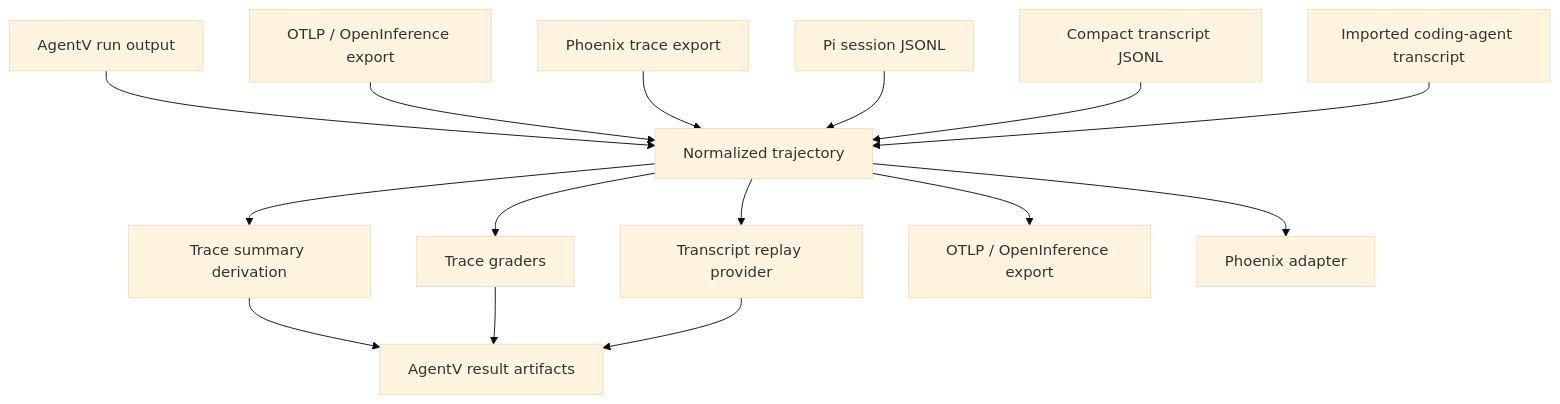
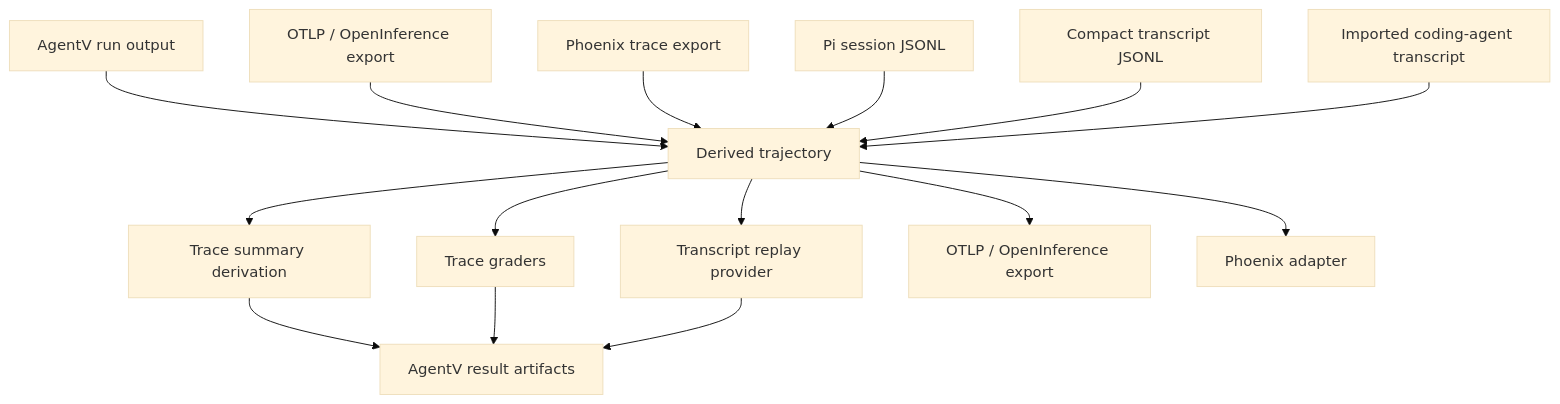
The diagram in docs/plans/trace-evaluation-architecture.md (EntityProcess/agentv), drawn with Mermaid (base theme) before and after one commit. The commit also changed other lines of this file and 17 other files, not shown here.

````diff
--- a/docs/plans/trace-evaluation-architecture.md
+++ b/docs/plans/trace-evaluation-architecture.md
@@ -93,19 +98,19 @@
 ```mermaid
 flowchart TB
-  A[AgentV run output] --> N[Normalized trajectory]
+  A[AgentV run output] --> N[Derived trajectory]
   B[OTLP / OpenInference export] --> N
   C[Phoenix trace export] --> N
   D[Pi session JSONL] --> N
   E[Compact transcript JSONL] --> N
   F[Imported coding-agent transcript] --> N
 
   N --> S[Trace summary derivation]
   N --> G[Trace graders]
   N --> Q[Transcript replay provider]
   N --> O[OTLP / OpenInference export]
   N --> P[Phoenix adapter]
 
   S --> R[AgentV result artifacts]
   G --> R
   Q --> R
 ```
````
